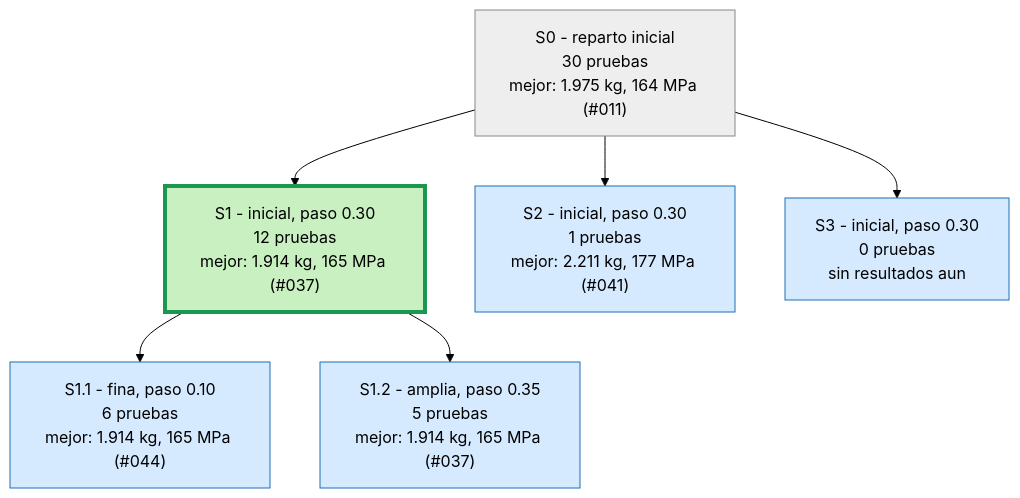
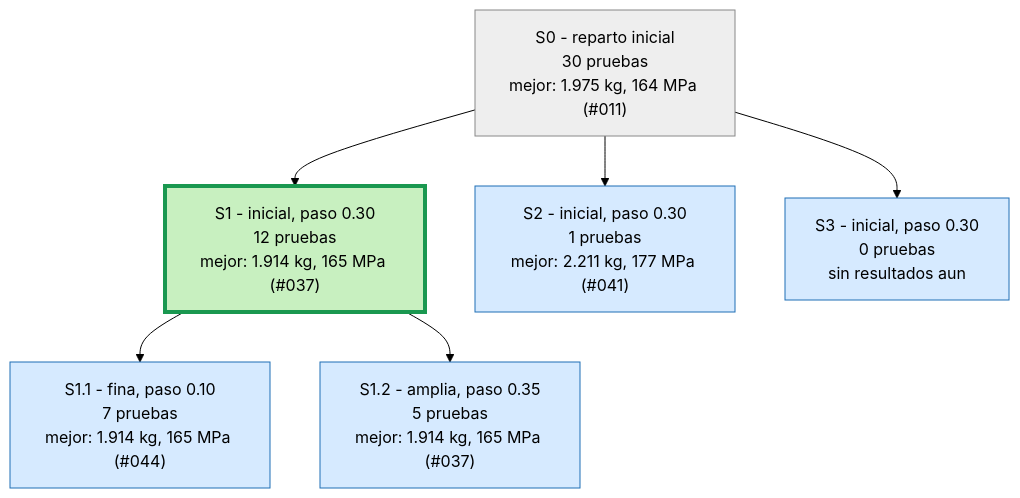
One commit to Hugiko/msd-soporte-optimizacion changed the first of 4 diagrams in runs/opt_37800N/ARBOL.md. Above: the diagram before and after it, drawn with Mermaid (forest theme). The commit also changed 15 other files, not shown here.

````diff
--- a/runs/opt_37800N/ARBOL.md
+++ b/runs/opt_37800N/ARBOL.md
@@ -9,17 +9,17 @@
 ```mermaid
 graph TD
 classDef activa fill:#d6eaff,stroke:#1f6fb5,color:#000
 classDef fin fill:#eeeeee,stroke:#888,color:#000
 classDef mejor fill:#c8f0c0,stroke:#1a9850,stroke-width:4px,color:#000
 S0["S0 - reparto inicial<br/>30 pruebas<br/>mejor: 1.975 kg, 164 MPa (#011)"]:::fin
 S1["S1 - inicial, paso 0.30<br/>12 pruebas<br/>mejor: 1.914 kg, 165 MPa (#037)"]:::mejor
 S0 --> S1
 S2["S2 - inicial, paso 0.30<br/>1 pruebas<br/>mejor: 2.211 kg, 177 MPa (#041)"]:::activa
 S0 --> S2
 S3["S3 - inicial, paso 0.30<br/>0 pruebas<br/>sin resultados aun"]:::activa
 S0 --> S3
-S1_1["S1.1 - fina, paso 0.10<br/>6 pruebas<br/>mejor: 1.914 kg, 165 MPa (#044)"]:::activa
+S1_1["S1.1 - fina, paso 0.10<br/>7 pruebas<br/>mejor: 1.914 kg, 165 MPa (#044)"]:::activa
 S1 --> S1_1
 S1_2["S1.2 - amplia, paso 0.35<br/>5 pruebas<br/>mejor: 1.914 kg, 165 MPa (#037)"]:::activa
 S1 --> S1_2
 ```
````
